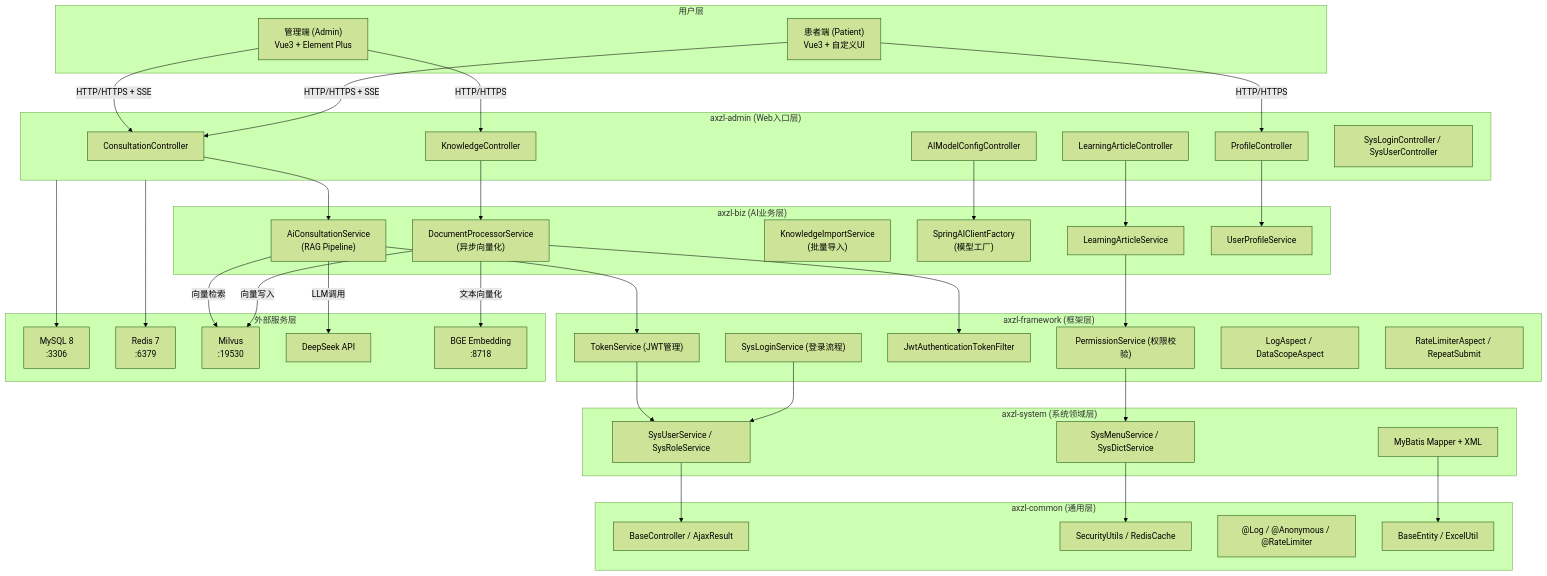
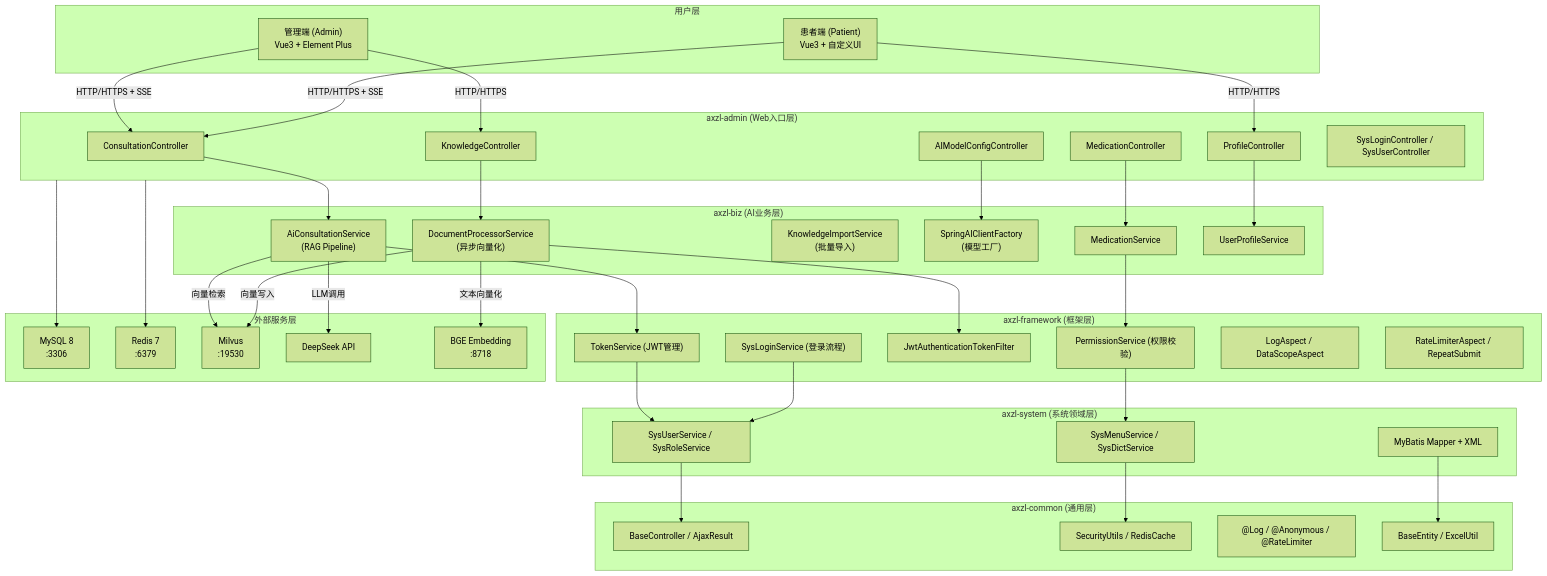
One commit to qlzhj03/axzl changed the first of 21 diagrams in docs/02-系统设计文档.md. Above: the diagram before and after it, drawn with Mermaid (forest theme). The commit also changed other lines of this file and 13 other files, not shown here.

```diff
--- a/docs/02-系统设计文档.md
+++ b/docs/02-系统设计文档.md
@@ -31,7 +31,7 @@
         C1["ConsultationController"]
         C2["KnowledgeController"]
         C3["ProfileController"]
-        C4["LearningArticleController"]
+        C4["MedicationController"]
         C5["AIModelConfigController"]
         C6["SysLoginController / SysUserController"]
     end
@@ -41,7 +41,7 @@
         S2["DocumentProcessorService<br/>(异步向量化)"]
         S3["KnowledgeImportService<br/>(批量导入)"]
         S4["SpringAIClientFactory<br/>(模型工厂)"]
-        S5["LearningArticleService"]
+        S5["MedicationService"]
         S6["UserProfileService"]
     end
 
```
